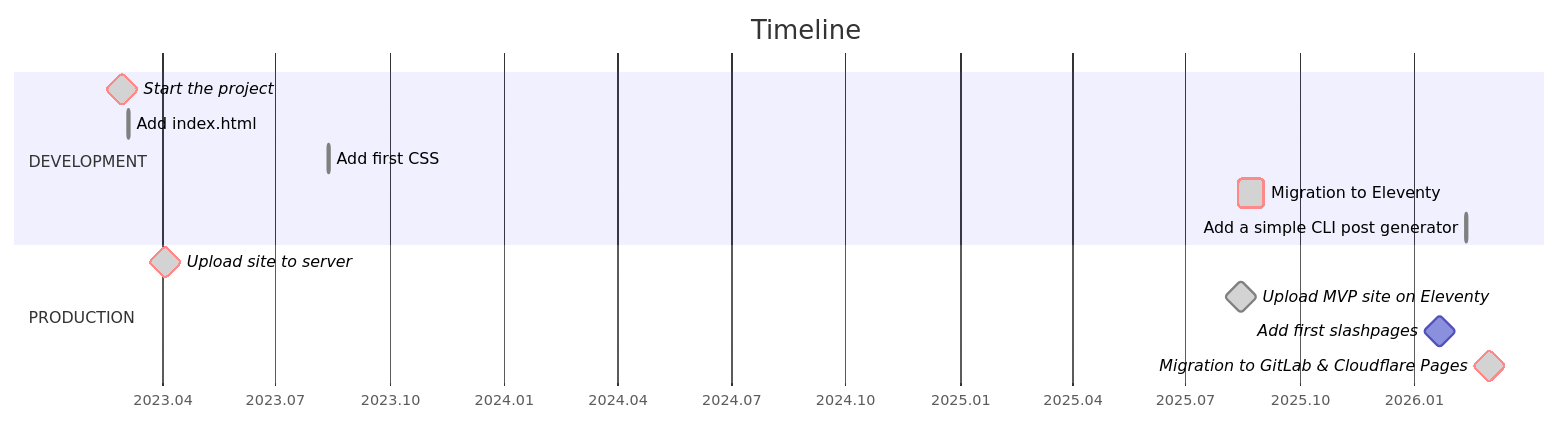
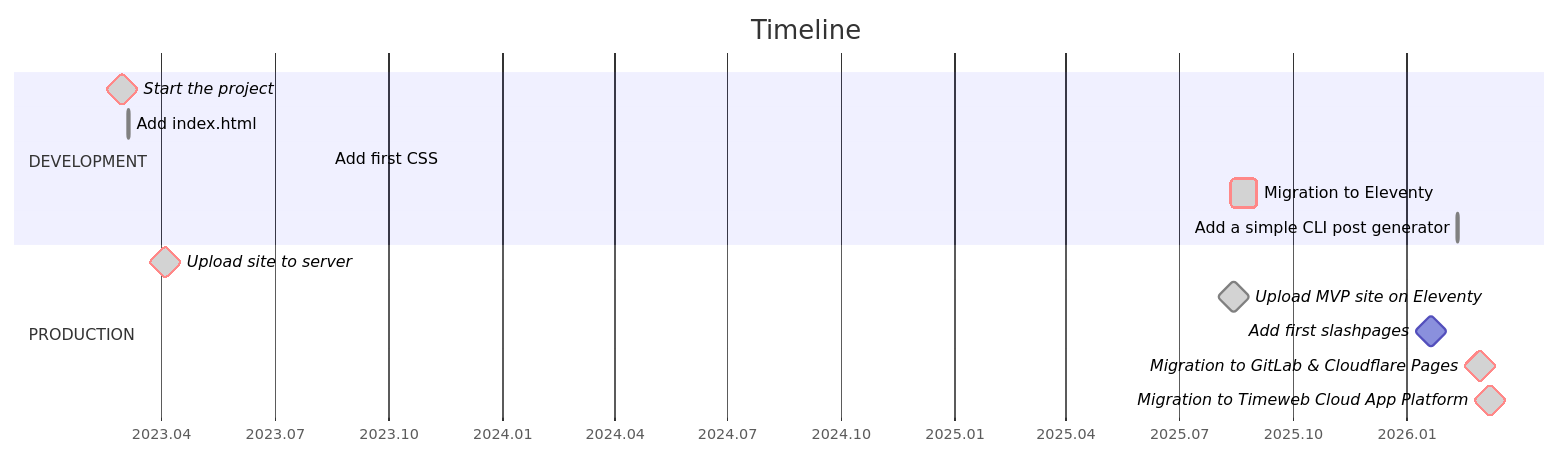
The diagram in README.md (tropintropin/tropin), drawn with Mermaid before and after one commit. The commit also changed other lines of this file and 2 other files, not shown here.

First line of the commit message:
docs(blog): add post about RKN-driven site migration

````diff
--- a/README.md
+++ b/README.md
@@ -155,19 +178,20 @@
 ```mermaid
 gantt
 title       Timeline
 dateFormat  YYYY.MM.DD
 axisFormat  %Y.%m
 
 section DEVELOPMENT
 Start the project                     :milestone,             crit, done, 2023.02.28, 0d
 Add index.html                        :done,          html0,              2023.03.05, 1d
 Add first CSS                         :done,          css0,               2023.08.13, 1d
 Migration to Eleventy                 :done,                  crit,       2025.08.12, 2025.09.02
 Add a simple CLI post generator       :done,                              2026.02.11, 1d
 
 section PRODUCTION
 Upload site to server                 :milestone,             crit, done, 2023.04.04, 0d
 Upload MVP site on Eleventy           :milestone,                   done, 2025.08.15, 0d
 Add first slashpages                  :milestone,                         2026.01.21, 0d
-Migration to GitLab & Cloudflare Pages  :milestone,           crit, done, 2026.03.02, 1d
+Migration to GitLab & Cloudflare Pages  :milestone,           crit, done, 2026.03.02, 0d
+Migration to Timeweb Cloud App Platform :milestone,           crit, done, 2026.03.10, 0d
 ```
````
